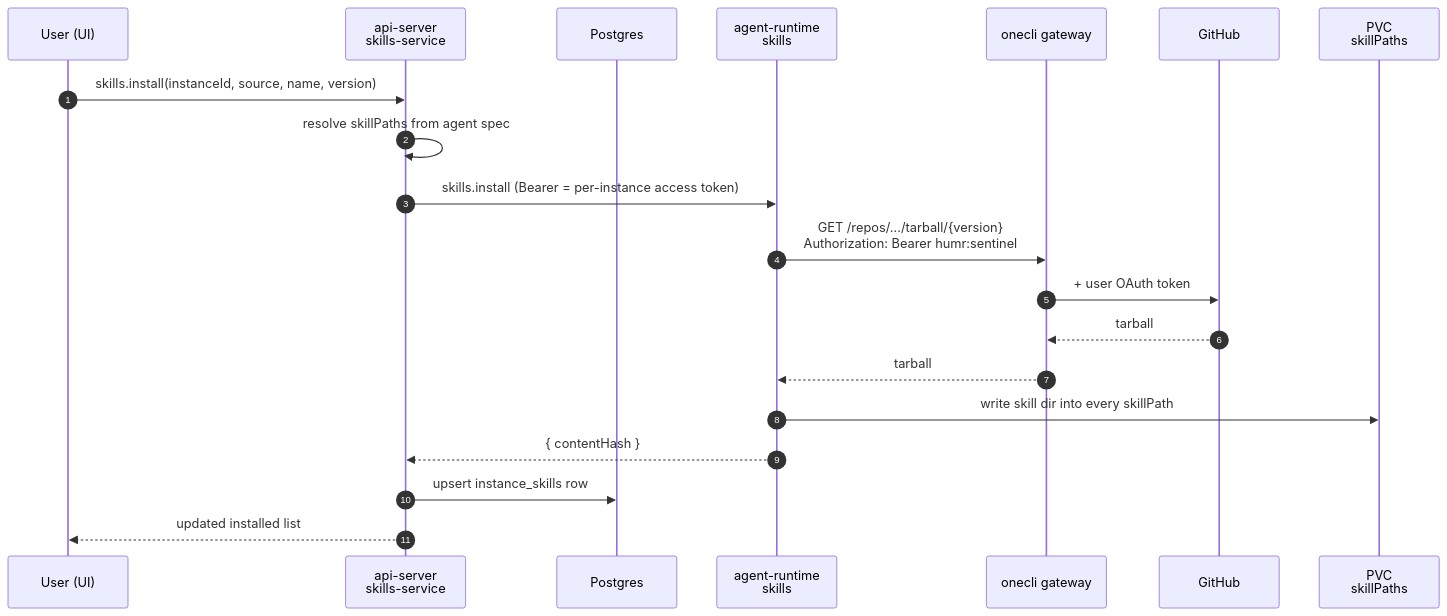
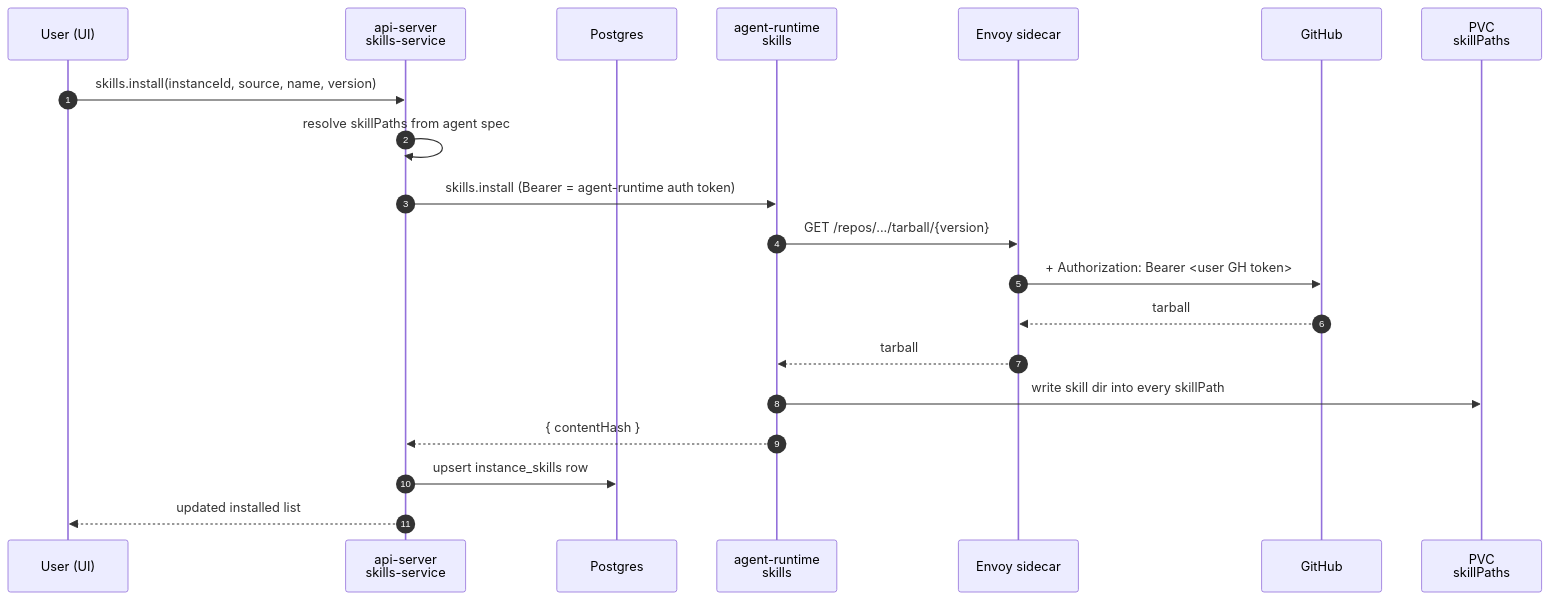
Before and after one commit to subbyte/dam: the second of 3 diagrams in docs/architecture/skills.md, drawn with Mermaid. The commit also changed other lines of this file and 105 other files, not shown here.

````diff
--- a/docs/architecture/skills.md
+++ b/docs/architecture/skills.md
@@ -143,23 +144,23 @@
 ```mermaid
 sequenceDiagram
   autonumber
   participant U as User (UI)
   participant API as api-server<br/>skills-service
   participant DB as Postgres
   participant RT as agent-runtime<br/>skills
-  participant ONE as onecli gateway
+  participant ENV as Envoy sidecar
   participant GH as GitHub
   participant PVC as PVC<br/>skillPaths
 
   U->>API: skills.install(instanceId, source, name, version)
   API->>API: resolve skillPaths from agent spec
-  API->>RT: skills.install (Bearer = per-instance access token)
-  RT->>ONE: GET /repos/.../tarball/{version}<br/>Authorization: Bearer humr:sentinel
-  ONE->>GH: + user OAuth token
-  GH-->>ONE: tarball
-  ONE-->>RT: tarball
+  API->>RT: skills.install (Bearer = agent-runtime auth token)
+  RT->>ENV: GET /repos/.../tarball/{version}
+  ENV->>GH: + Authorization: Bearer <user GH token>
+  GH-->>ENV: tarball
+  ENV-->>RT: tarball
   RT->>PVC: write skill dir into every skillPath
   RT-->>API: { contentHash }
   API->>DB: upsert instance_skills row
   API-->>U: updated installed list
 ```
````
